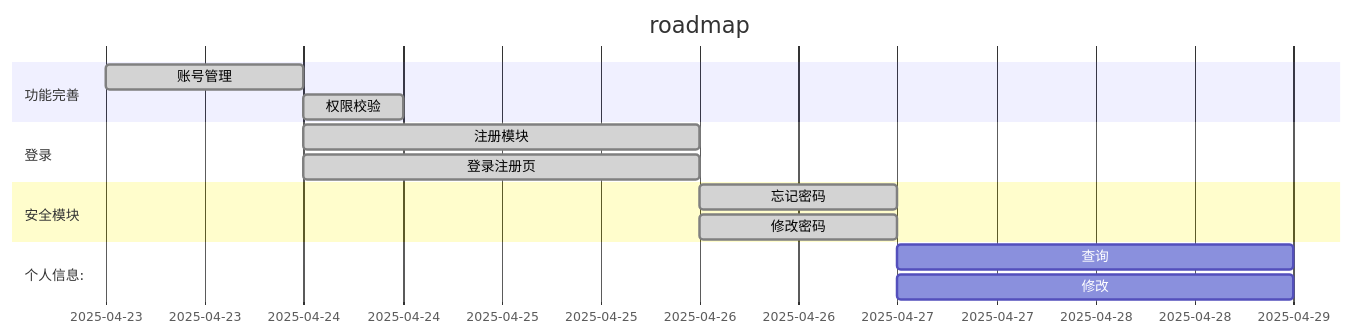
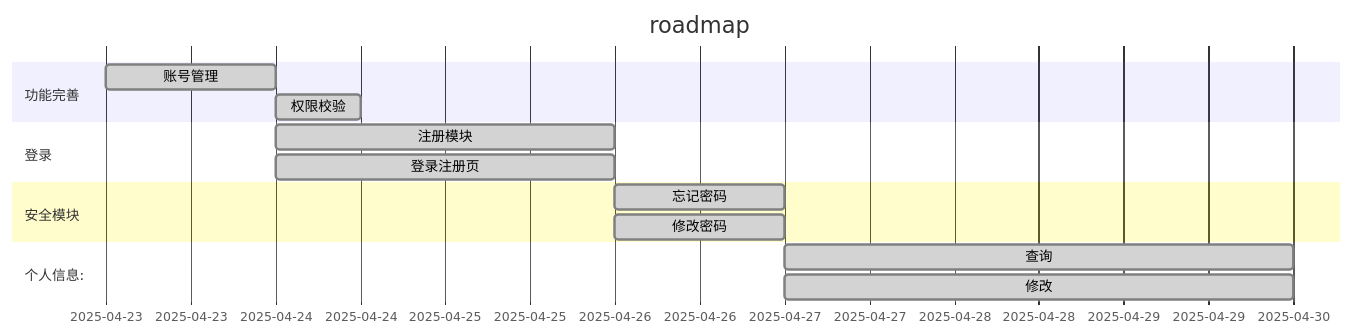
Before and after one commit to TeamVastsea/vastsea-sso-frontend: the diagram in README.md, drawn with Mermaid. The commit also changed 38 other files, not shown here.

````diff
--- a/README.md
+++ b/README.md
@@ -43,17 +43,17 @@
 ```mermaid
 gantt
     title roadmap
     dateFormat YYYY-MM-DD
     section 功能完善
       账号管理 : done, base, 2025-04-23, 1d
       权限校验 : done, after base, 12h
     section 登录
       注册模块   : done , a2, 2025-04-24,2025-04-26
       登录注册页 : done ,after a2, 2025-04-24,2025-04-26
     section 安全模块
       忘记密码 : done, secPwdForget,after a2, 1d
       修改密码 : done, secPwdUpdate,after a2, 1d
     section 个人信息:
-      查询 : profileQuery, after secPwdUpdate, 2d
-      修改 : profileUpdate,after secPwdUpdate, 2d
+      查询 : done, profileQuery, after secPwdUpdate, 3d
+      修改 : done, profileUpdate,after secPwdUpdate, 3d
 ```
````
